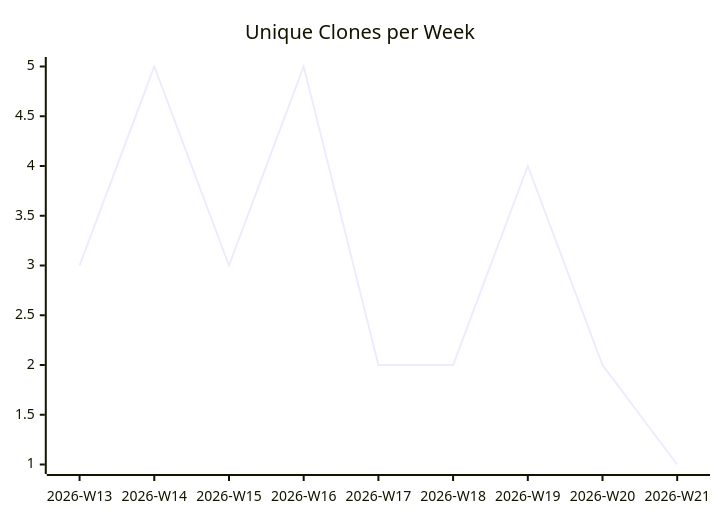
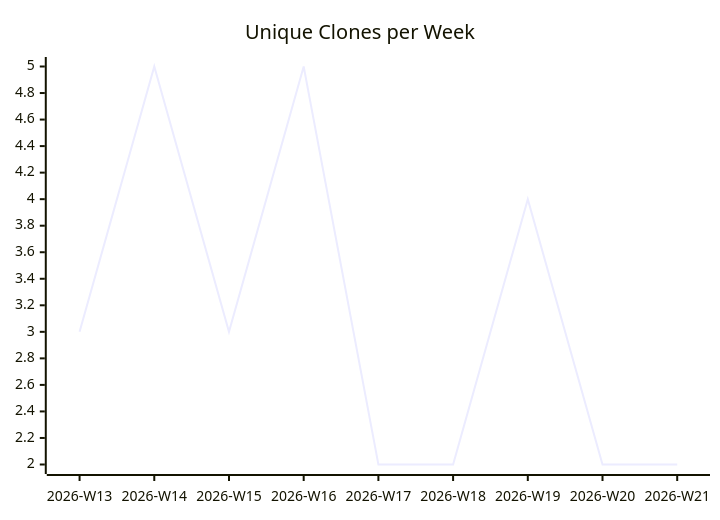
One commit to justdavis-family/github-analytics-data changed the third of 3 diagrams in karlmdavis/ansible-role-bind-dns/README.md. Above: the diagram before and after it, drawn with Mermaid. The commit also changed other lines of this file and 189 other files, not shown here.

````diff
--- a/karlmdavis/ansible-role-bind-dns/README.md
+++ b/karlmdavis/ansible-role-bind-dns/README.md
@@ -19,6 +19,6 @@
 ```mermaid
 xychart-beta
   title "Unique Clones per Week"
   x-axis ["2026-W13", "2026-W14", "2026-W15", "2026-W16", "2026-W17", "2026-W18", "2026-W19", "2026-W20", "2026-W21"]
-  line [3, 5, 3, 5, 2, 2, 4, 2, 1]
+  line [3, 5, 3, 5, 2, 2, 4, 2, 2]
 ```
````
